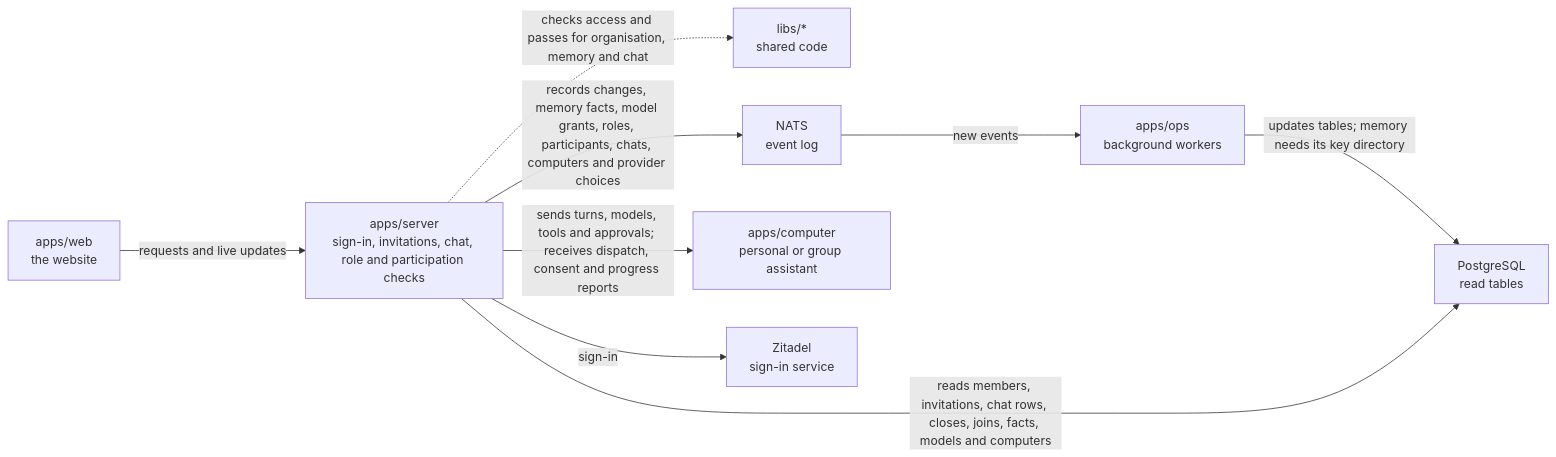
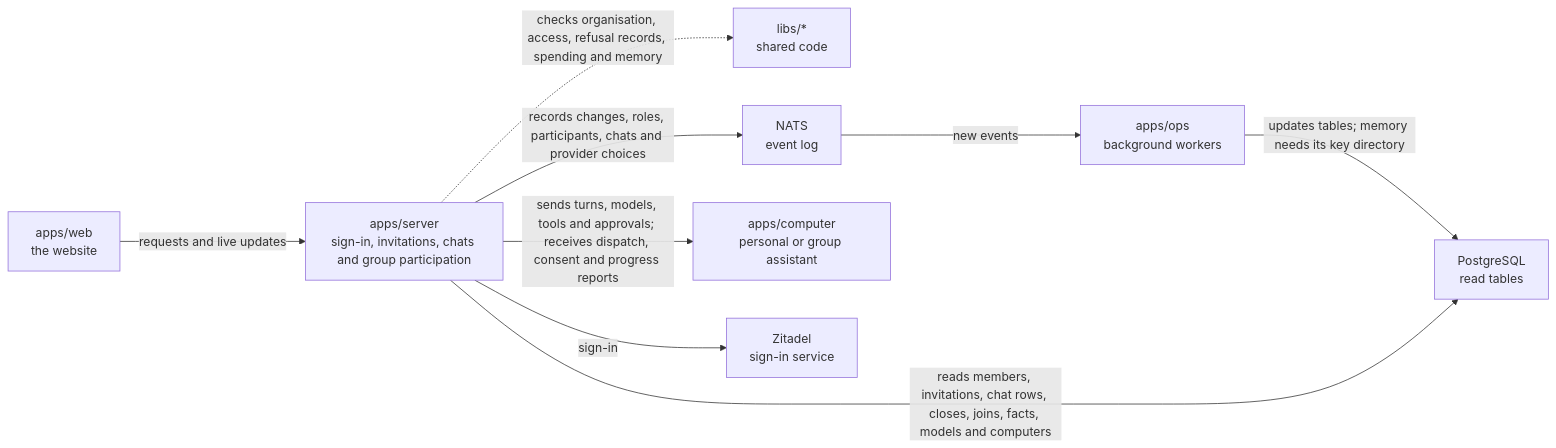
One commit to elewa-git/opencrane-new changed the diagram in apps/server/README.md. Above: the diagram before and after it, drawn with Mermaid. The commit also changed other lines of this file and 9 other files, not shown here.

````diff
--- a/apps/server/README.md
+++ b/apps/server/README.md
@@ -11,11 +11,11 @@
 ```mermaid
 flowchart LR
-  web["apps/web<br/>the website"] -->|requests and live updates| server["apps/server<br/>sign-in, invitations, chat, role and participation checks"]
-  server -.->|checks access and passes for organisation, memory and chat| libs["libs/*<br/>shared code"]
-  server -->|records changes, memory facts, model grants, roles, participants, chats, computers and provider choices| nats["NATS<br/>event log"]
+  web["apps/web<br/>the website"] -->|requests and live updates| server["apps/server<br/>sign-in, invitations, chats and group participation"]
+  server -.->|checks organisation, access, refusal records, spending and memory| libs["libs/*<br/>shared code"]
+  server -->|records changes, roles, participants, chats and provider choices| nats["NATS<br/>event log"]
   nats -->|new events| ops["apps/ops<br/>background workers"]
   ops -->|updates tables; memory needs its key directory| postgres["PostgreSQL<br/>read tables"]
   server -->|reads members, invitations, chat rows, closes, joins, facts, models and computers| postgres
   server -->|sends turns, models, tools and approvals; receives dispatch, consent and progress reports| computer["apps/computer<br/>personal or group assistant"]
   server -->|sign-in| zitadel["Zitadel<br/>sign-in service"]
 ```
````
